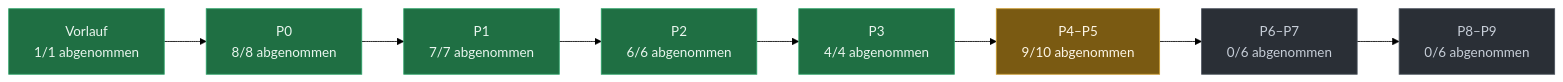
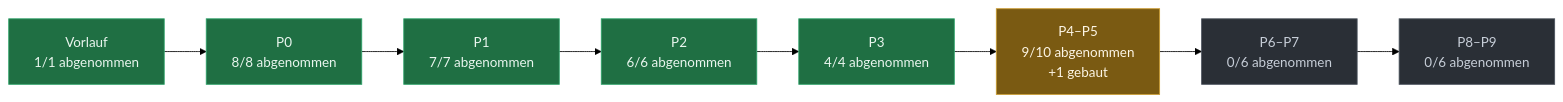
Before and after one commit to evenacadia-tech/Nakama: the diagram in docs/PLAN-STAND.md, drawn with Mermaid (forest theme). The commit also changed other lines of this file, not shown here.

````diff
--- a/docs/PLAN-STAND.md
+++ b/docs/PLAN-STAND.md
@@ -35,21 +37,21 @@
 ```mermaid
 flowchart LR
   P0["Vorlauf<br/>1/1 abgenommen"]:::fertig
   P1["P0<br/>8/8 abgenommen"]:::fertig
   P0 --> P1
   P2["P1<br/>7/7 abgenommen"]:::fertig
   P1 --> P2
   P3["P2<br/>6/6 abgenommen"]:::fertig
   P2 --> P3
   P4["P3<br/>4/4 abgenommen"]:::fertig
   P3 --> P4
-  P5["P4–P5<br/>9/10 abgenommen"]:::laeuft
+  P5["P4–P5<br/>9/10 abgenommen<br/>+1 gebaut"]:::laeuft
   P4 --> P5
   P6["P6–P7<br/>0/6 abgenommen"]:::offen
   P5 --> P6
   P7["P8–P9<br/>0/6 abgenommen"]:::offen
   P6 --> P7
   classDef fertig fill:#1f6f43,stroke:#2ea36a,color:#eaf6ef
   classDef laeuft fill:#7a5a12,stroke:#c99a2e,color:#fdf6e6
   classDef offen  fill:#2a2f36,stroke:#4a525c,color:#c7ced8
 ```
````
